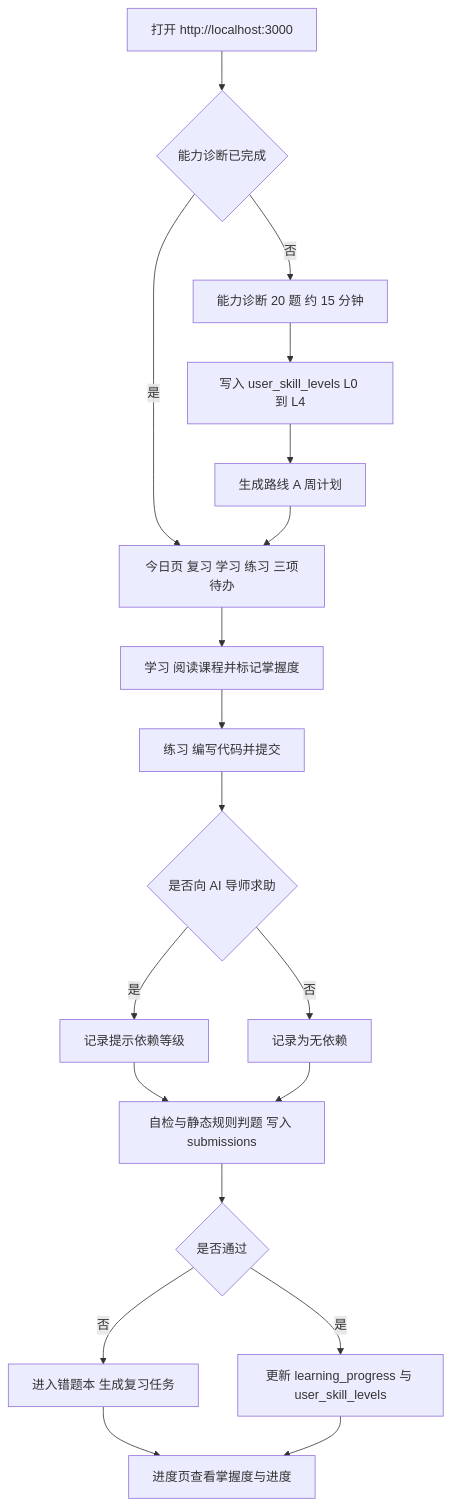
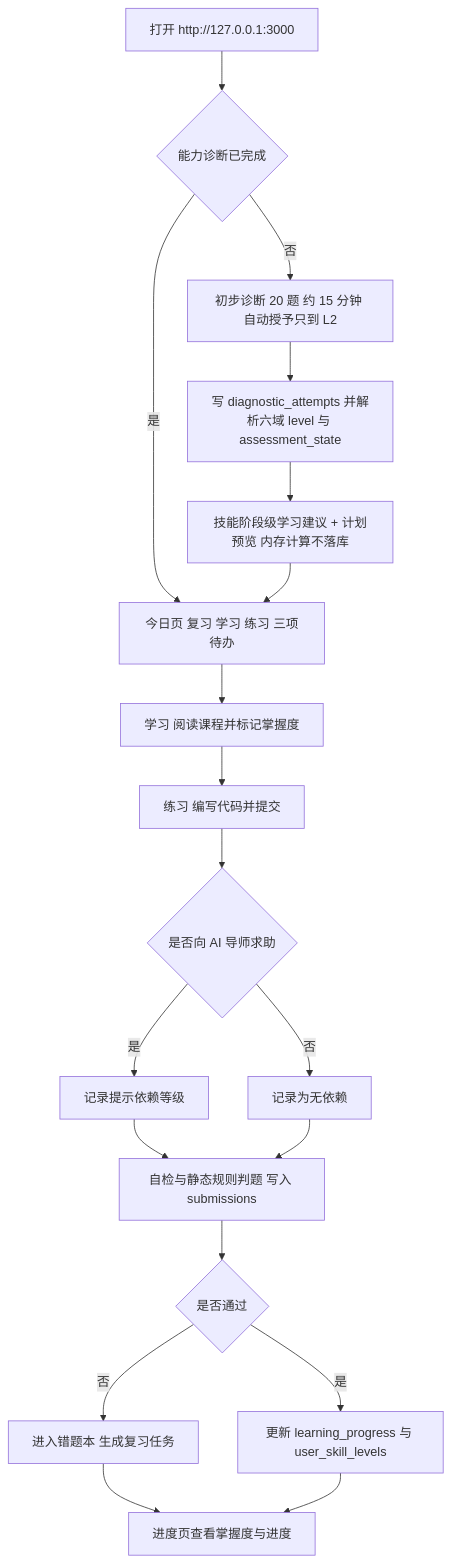
Before and after one commit to Tornado-Zz/ai-learning-copilot: the diagram in docs/PRD.md, drawn with Mermaid. The commit also changed other lines of this file and 24 other files, not shown here.

````diff
--- a/docs/PRD.md
+++ b/docs/PRD.md
@@ -140,21 +152,21 @@
 ```mermaid
 flowchart TD
-    A["打开 http://localhost:3000"] --> B{"能力诊断已完成"}
-    B -- 否 --> C["能力诊断 20 题 约 15 分钟"]
-    C --> D["写入 user_skill_levels L0 到 L4"]
-    D --> E["生成路线 A 周计划"]
+    A["打开 http://127.0.0.1:3000"] --> B{"能力诊断已完成"}
+    B -- 否 --> C["初步诊断 20 题 约 15 分钟 自动授予只到 L2"]
+    C --> D["写 diagnostic_attempts 并解析六域 level 与 assessment_state"]
+    D --> E["技能阶段级学习建议 + 计划预览 内存计算不落库"]
     B -- 是 --> F["今日页 复习 学习 练习 三项待办"]
     E --> F
     F --> G["学习 阅读课程并标记掌握度"]
     G --> H["练习 编写代码并提交"]
     H --> I{"是否向 AI 导师求助"}
     I -- 是 --> J["记录提示依赖等级"]
     I -- 否 --> K["记录为无依赖"]
     J --> L["自检与静态规则判题 写入 submissions"]
     K --> L
     L --> M{"是否通过"}
     M -- 否 --> N["进入错题本 生成复习任务"]
     M -- 是 --> O["更新 learning_progress 与 user_skill_levels"]
     N --> P["进度页查看掌握度与进度"]
     O --> P
 ```
````
